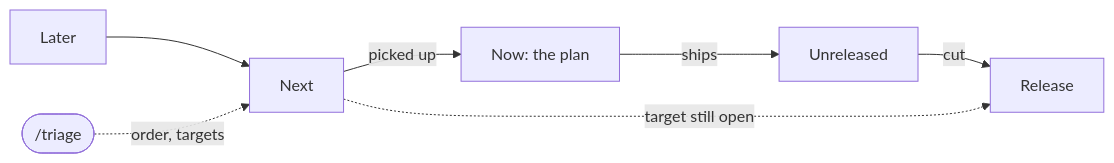
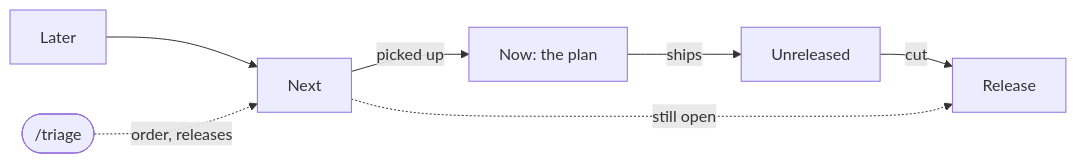
The third of 3 diagrams in docs/methodology.md (minnelhq/minnel), drawn with Mermaid before and after one commit. The commit also changed other lines of this file and 7 other files, not shown here.

````diff
--- a/docs/methodology.md
+++ b/docs/methodology.md
@@ -227,11 +227,11 @@
 ```mermaid
 ---
 config:
   layout: dagre
 ---
 flowchart LR
   later[Later] --> next[Next] -- picked up --> now[Now: the plan]
   now -- ships --> unreleased[Unreleased] -- cut --> version[Release]
-  triage(["/triage"]) -. order, targets .-> next
-  next -. target still open .-> version
+  triage(["/triage"]) -. order, releases .-> next
+  next -. still open .-> version
 ```
````
